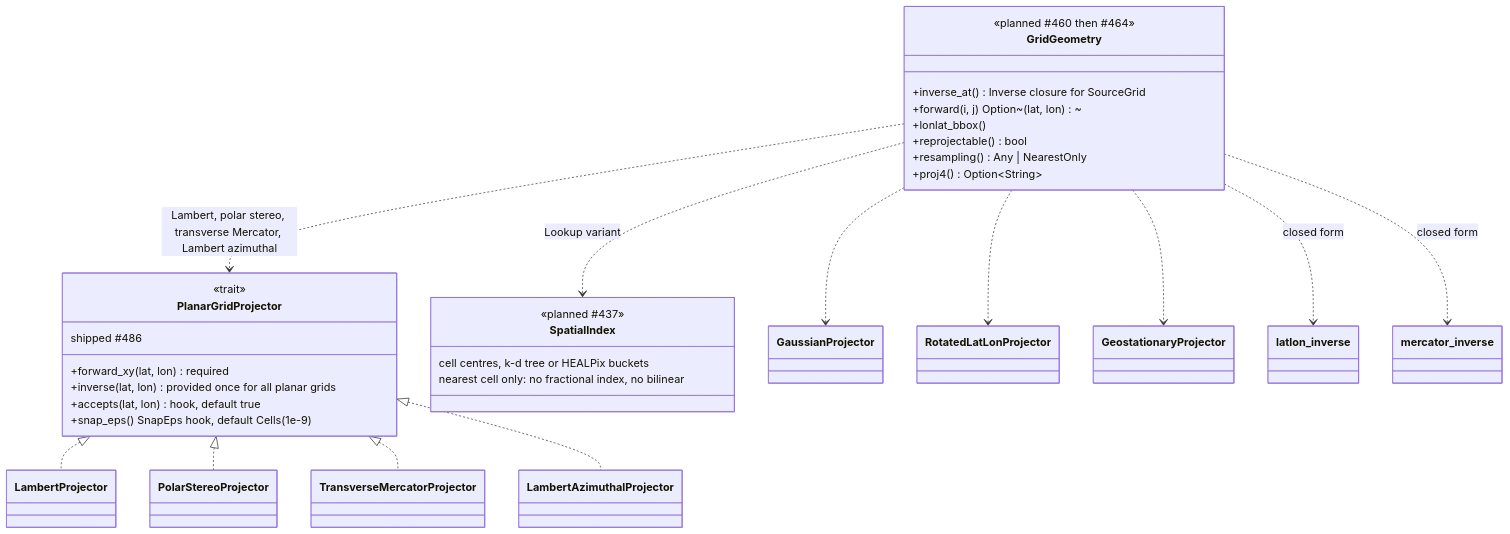
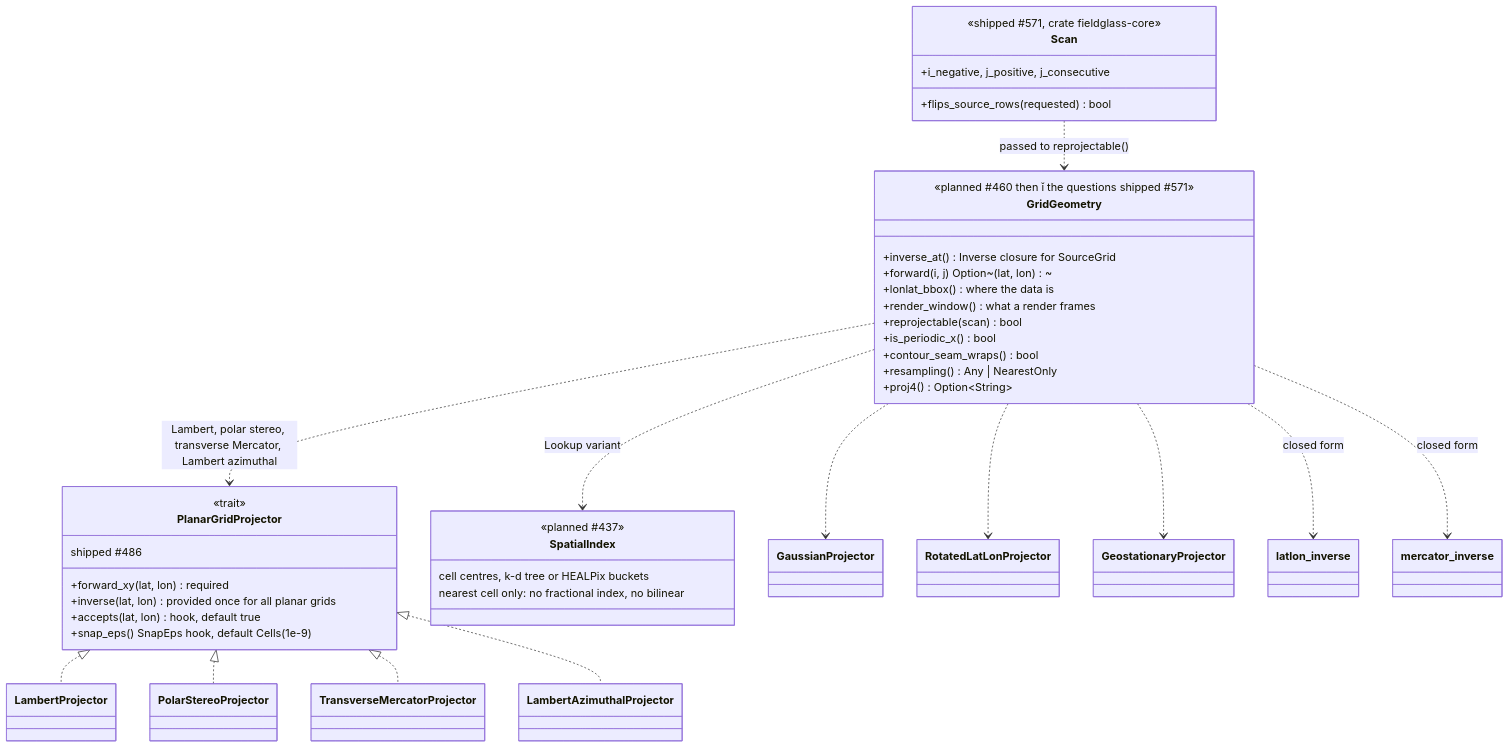
One commit to D0ubleD0uble/fieldglass changed the first of 5 diagrams in docs/architecture/planned/02-trait-seams.md. Above: the diagram before and after it, drawn with Mermaid. The commit also changed 4 other files, not shown here.

First line of the commit message:
docs: the grid questions are the geometry's, and the bundle grew 0.4%

````diff
--- a/docs/architecture/planned/02-trait-seams.md
+++ b/docs/architecture/planned/02-trait-seams.md
@@ -19,37 +19,46 @@
 ```mermaid
 classDiagram
     class GridGeometry {
-        <<planned #460 then #464>>
+        <<planned #460 then #464; the questions shipped #571>>
         +inverse_at() Inverse closure for SourceGrid
         +forward(i, j) Option~(lat, lon)~
-        +lonlat_bbox()
-        +reprojectable() bool
+        +lonlat_bbox() where the data is
+        +render_window() what a render frames
+        +reprojectable(scan) bool
+        +is_periodic_x() bool
+        +contour_seam_wraps() bool
         +resampling() Any | NearestOnly
         +proj4() Option~String~
     }
+    class Scan {
+        <<shipped #571, crate fieldglass-core>>
+        +i_negative, j_positive, j_consecutive
+        +flips_source_rows(requested) bool
+    }
+    Scan ..> GridGeometry : passed to reprojectable()
     class PlanarGridProjector {
         <<trait>>
         shipped #486
         +forward_xy(lat, lon) required
         +inverse(lat, lon) provided once for all planar grids
         +accepts(lat, lon) hook, default true
         +snap_eps() SnapEps hook, default Cells(1e-9)
     }
     class SpatialIndex {
         <<planned #437>>
         cell centres, k-d tree or HEALPix buckets
         nearest cell only: no fractional index, no bilinear
     }
 
     GridGeometry ..> PlanarGridProjector : Lambert, polar stereo, transverse Mercator, Lambert azimuthal
     GridGeometry ..> GaussianProjector
     GridGeometry ..> RotatedLatLonProjector
     GridGeometry ..> GeostationaryProjector
     GridGeometry ..> latlon_inverse : closed form
     GridGeometry ..> mercator_inverse : closed form
     GridGeometry ..> SpatialIndex : Lookup variant
     PlanarGridProjector <|.. LambertProjector
     PlanarGridProjector <|.. PolarStereoProjector
     PlanarGridProjector <|.. TransverseMercatorProjector
     PlanarGridProjector <|.. LambertAzimuthalProjector
 ```
````
